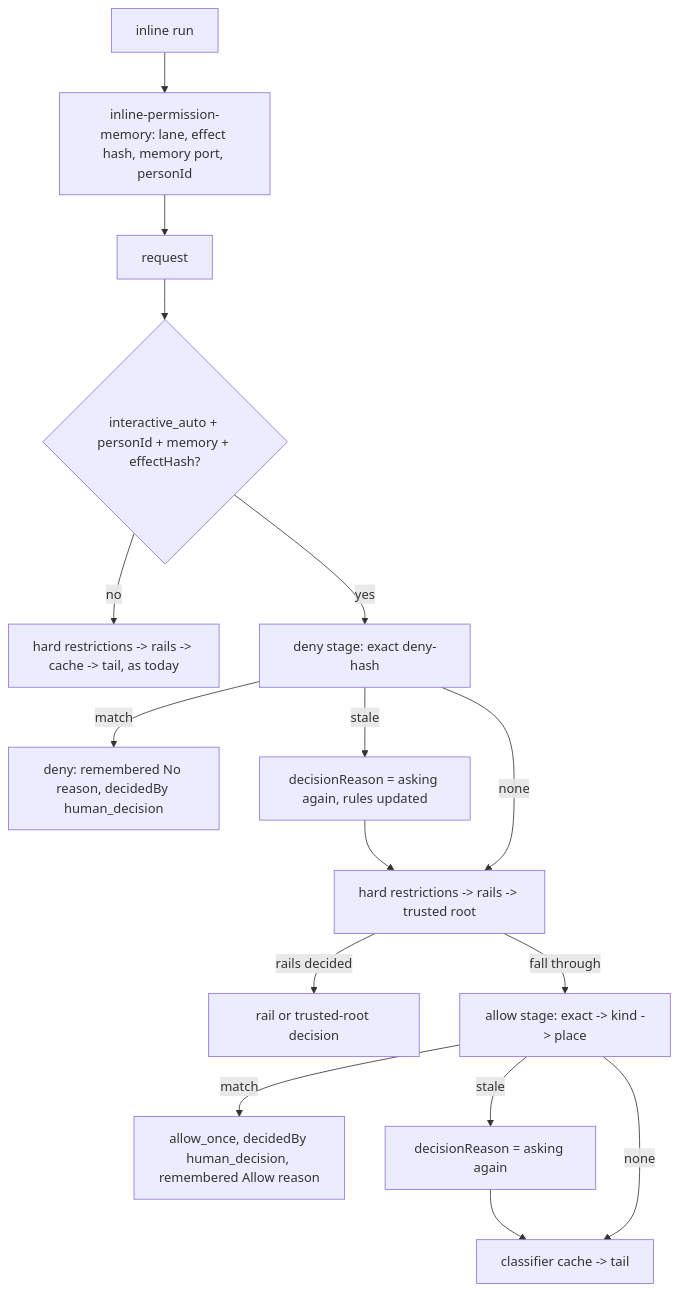
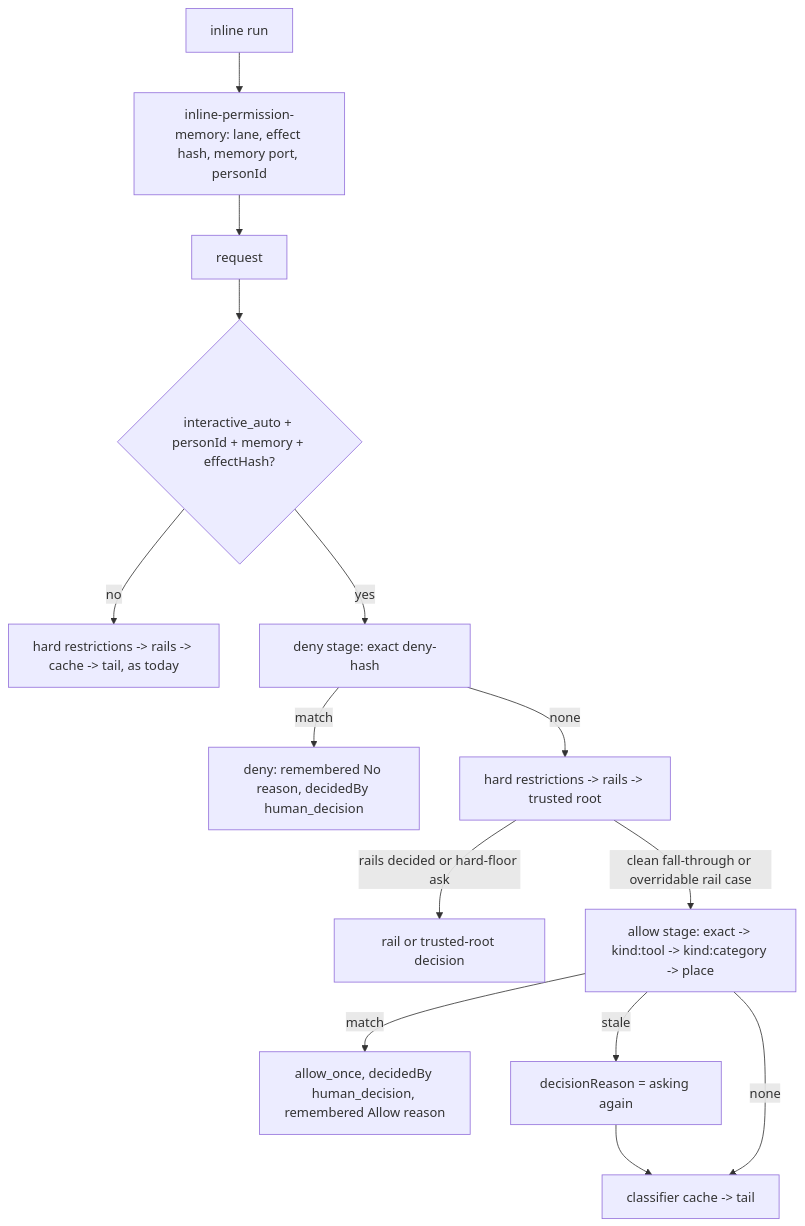
One commit to knacklabs/gantry changed the diagram in plans/exploration/askfloor-1-t3b-taskplan.md. Above: the diagram before and after it, drawn with Mermaid. The commit also changed other lines of this file and 5 other files, not shown here.

First line of the commit message:
plan(ASKFLOOR-1-T3b): grill r3 folded — plan v4 / contract v4 (owner ruling: exact keys stay version-bound; current-before-stale lookup; allow consult barred from hard-floor rail asks; place key carries the kind identity; scope 16 files, budget 18/1800)

````diff
--- a/plans/exploration/askfloor-1-t3b-taskplan.md
+++ b/plans/exploration/askfloor-1-t3b-taskplan.md
@@ -37,15 +37,14 @@
 ```mermaid
 flowchart TD
   R[request] --> G{interactive_auto + personId + memory + effectHash?}
   G -- no --> H[hard restrictions -> rails -> cache -> tail, as today]
   G -- yes --> D[deny stage: exact deny-hash]
   D -- match --> DN[deny: remembered No reason, decidedBy human_decision]
-  D -- stale --> RA[decisionReason = asking again, rules updated] --> H2
   D -- none --> H2[hard restrictions -> rails -> trusted root]
-  H2 -- rails decided --> OUT[rail or trusted-root decision]
-  H2 -- fall through --> A[allow stage: exact -> kind -> place]
+  H2 -- rails decided or hard-floor ask --> OUT[rail or trusted-root decision]
+  H2 -- clean fall-through or overridable rail case --> A[allow stage: exact -> kind:tool -> kind:category -> place]
   A -- match --> AL[allow_once, decidedBy human_decision, remembered Allow reason]
   A -- stale --> RA2[decisionReason = asking again] --> C
   A -- none --> C[classifier cache -> tail]
   I[inline run] --> M[inline-permission-memory: lane, effect hash, memory port, personId] --> R
 ```
````
